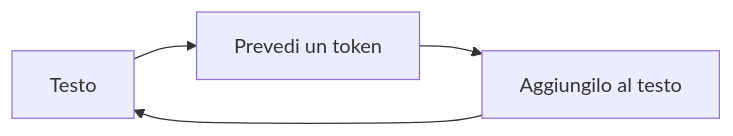
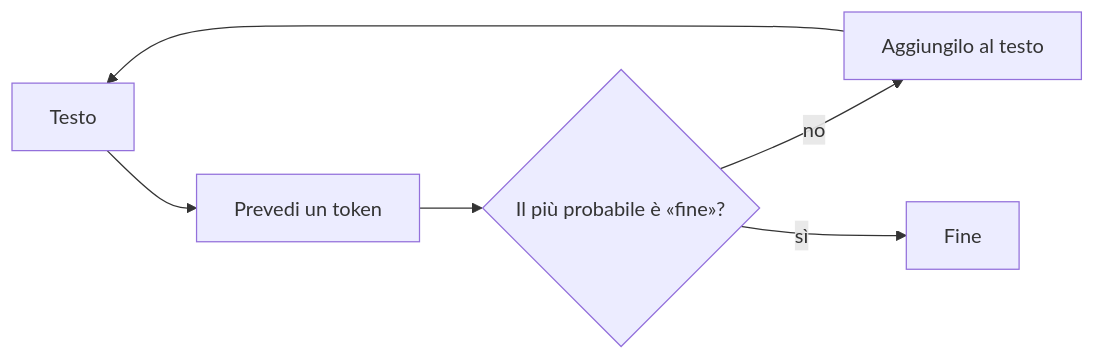
Before and after one commit to janmaru/ai-agentic: the first of 4 diagrams in slides/slides.md, drawn with Mermaid. The commit also changed other lines of this file and 1 other file, not shown here.

First line of the commit message:
Tokenizer slides: add Chinese comparison; end-token node in generation loop; concrete temperature example

````diff
--- a/slides/slides.md
+++ b/slides/slides.md
@@ -110,4 +127,6 @@
 ```mermaid
 flowchart LR
-    T[Testo] --> P[Prevedi un token] --> A[Aggiungilo al testo] --> T
+    T[Testo] --> P[Prevedi un token] --> E{Il più probabile è «fine»?}
+    E -- no --> A[Aggiungilo al testo] --> T
+    E -- sì --> F[Fine]
 ```
````
